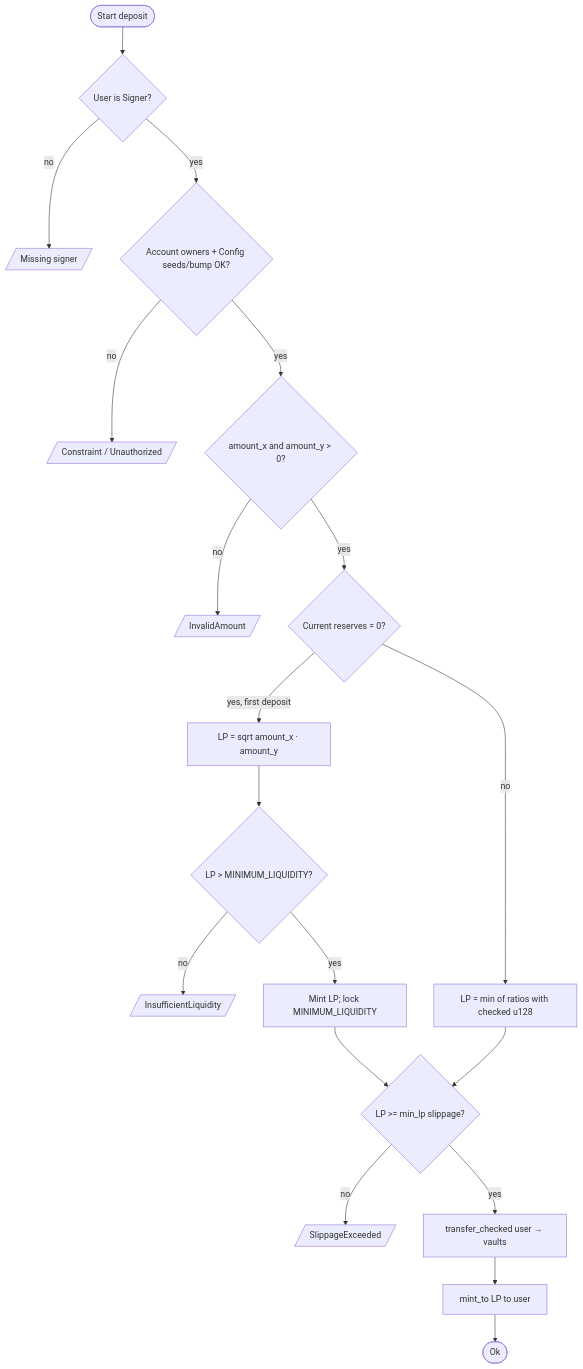
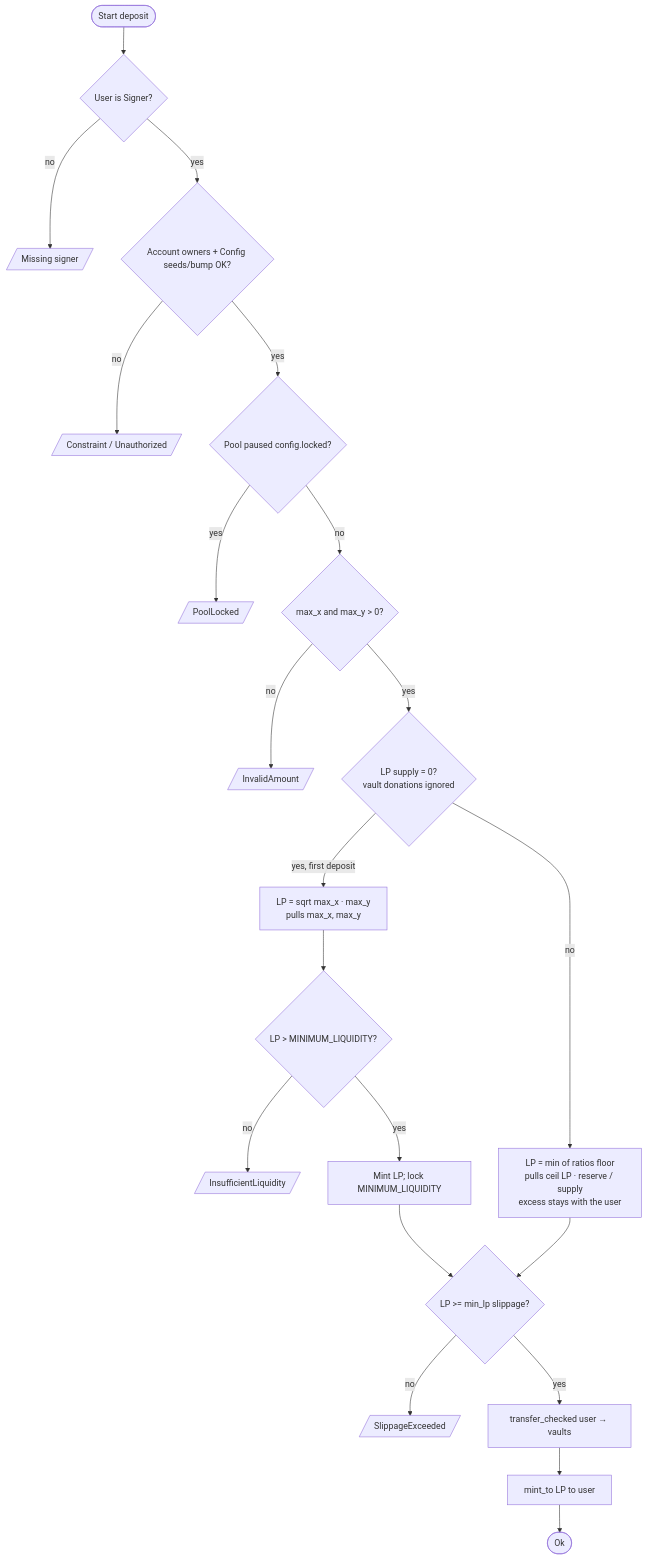
The second of 6 diagrams in doc/flujograma-EN.md (rastrahm/solana-amm-anchor), drawn with Mermaid before and after one commit. The commit also changed other lines of this file and 29 other files, not shown here.

````diff
--- a/doc/flujograma-EN.md
+++ b/doc/flujograma-EN.md
@@ -33,21 +37,23 @@
 ```mermaid
 flowchart TD
     A([Start deposit]) --> B{User is Signer?}
     B -->|no| E1[/Missing signer/]
     B -->|yes| C{Account owners + Config seeds/bump OK?}
     C -->|no| E2[/Constraint / Unauthorized/]
-    C -->|yes| D{amount_x and amount_y > 0?}
+    C -->|yes| PL{Pool paused config.locked?}
+    PL -->|yes| E6[/PoolLocked/]
+    PL -->|no| D{max_x and max_y > 0?}
     D -->|no| E3[/InvalidAmount/]
-    D -->|yes| E{Current reserves = 0?}
-    E -->|yes, first deposit| F[LP = sqrt amount_x · amount_y]
+    D -->|yes| E{LP supply = 0?<br/>vault donations ignored}
+    E -->|yes, first deposit| F[LP = sqrt max_x · max_y<br/>pulls max_x, max_y]
     F --> G{LP > MINIMUM_LIQUIDITY?}
     G -->|no| E4[/InsufficientLiquidity/]
     G -->|yes| H[Mint LP; lock MINIMUM_LIQUIDITY]
-    E -->|no| I[LP = min of ratios with checked u128]
+    E -->|no| I[LP = min of ratios floor<br/>pulls ceil LP · reserve / supply<br/>excess stays with the user]
     I --> J{LP >= min_lp slippage?}
     H --> J
     J -->|no| E5[/SlippageExceeded/]
     J -->|yes| K[transfer_checked user → vaults]
     K --> L[mint_to LP to user]
     L --> M([Ok])
 ```
````
